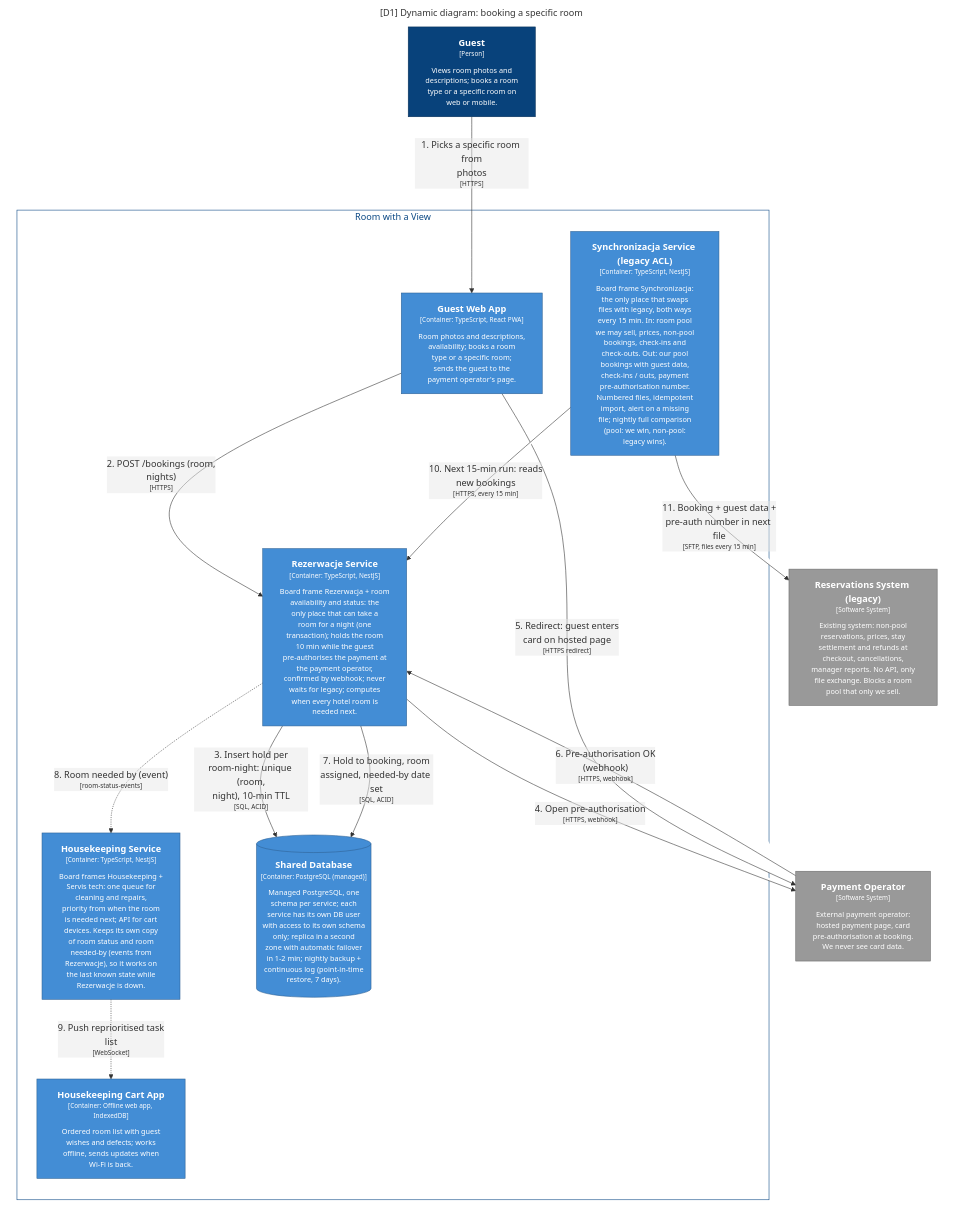
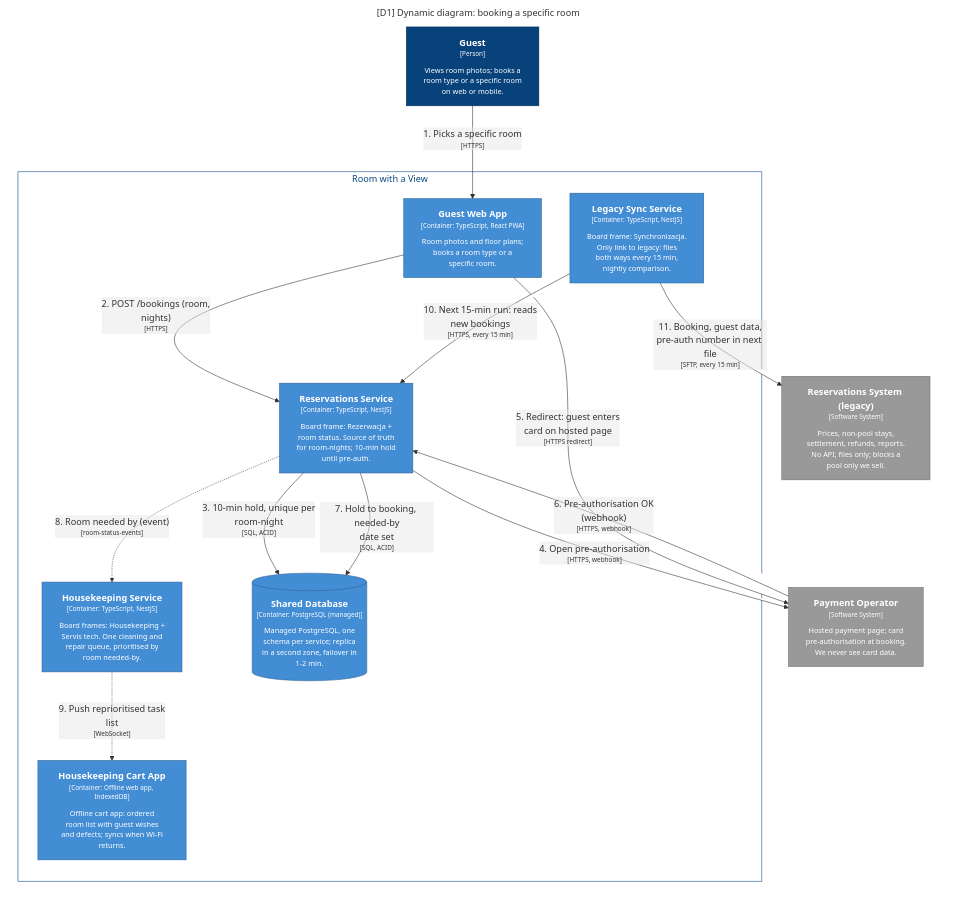
One commit to patrykkarny/Kata-workshopAI changed the diagram in zadanie/c4/out/mermaid/D1-KeyFlow.mmd. Above: the diagram before and after it, drawn with Mermaid. The commit also changed 26 other files, not shown here.

```diff
--- a/zadanie/c4/out/mermaid/D1-KeyFlow.mmd
+++ b/zadanie/c4/out/mermaid/D1-KeyFlow.mmd
@@ -1,43 +1,43 @@
 graph LR
   linkStyle default fill:#ffffff
 
   subgraph diagram ["[D1] Dynamic diagram: booking a specific room"]
     style diagram fill:#ffffff,stroke:#ffffff
 
     subgraph 4 ["Room with a View"]
       style 4 fill:#ffffff,stroke:#0b4884,color:#0b4884
 
-      11["<div style='font-weight: bold'>Synchronizacja Service (legacy ACL)</div><div style='font-size: 70%; margin-top: 0px'>[Container: TypeScript, NestJS]</div><div style='font-size: 80%; margin-top:10px'>Board frame Synchronizacja:<br />the only place that swaps<br />files with legacy, both ways<br />every 15 min. In: room pool<br />we may sell, prices, non-pool<br />bookings, check-ins and<br />check-outs. Out: our pool<br />bookings with guest data,<br />check-ins / outs, payment<br />pre-authorisation number.<br />Numbered files, idempotent<br />import, alert on a missing<br />file; nightly full comparison<br />(pool: we win, non-pool:<br />legacy wins).</div>"]
+      11["<div style='font-weight: bold'>Legacy Sync Service</div><div style='font-size: 70%; margin-top: 0px'>[Container: TypeScript, NestJS]</div><div style='font-size: 80%; margin-top:10px'>Board frame: Synchronizacja.<br />Only link to legacy: files<br />both ways every 15 min,<br />nightly comparison.</div>"]
       style 11 fill:#438dd5,stroke:#2e6295,color:#ffffff
-      13[("<div style='font-weight: bold'>Shared Database</div><div style='font-size: 70%; margin-top: 0px'>[Container: PostgreSQL (managed)]</div><div style='font-size: 80%; margin-top:10px'>Managed PostgreSQL, one<br />schema per service; each<br />service has its own DB user<br />with access to its own schema<br />only; replica in a second<br />zone with automatic failover<br />in 1-2 min; nightly backup +<br />continuous log (point-in-time<br />restore, 7 days).</div>")]
+      13[("<div style='font-weight: bold'>Shared Database</div><div style='font-size: 70%; margin-top: 0px'>[Container: PostgreSQL (managed)]</div><div style='font-size: 80%; margin-top:10px'>Managed PostgreSQL, one<br />schema per service; replica<br />in a second zone, failover in<br />1-2 min.</div>")]
       style 13 fill:#438dd5,stroke:#2e6295,color:#ffffff
-      5["<div style='font-weight: bold'>Guest Web App</div><div style='font-size: 70%; margin-top: 0px'>[Container: TypeScript, React PWA]</div><div style='font-size: 80%; margin-top:10px'>Room photos and descriptions,<br />availability; books a room<br />type or a specific room;<br />sends the guest to the<br />payment operator's page.</div>"]
+      5["<div style='font-weight: bold'>Guest Web App</div><div style='font-size: 70%; margin-top: 0px'>[Container: TypeScript, React PWA]</div><div style='font-size: 80%; margin-top:10px'>Room photos and floor plans;<br />books a room type or a<br />specific room.</div>"]
       style 5 fill:#438dd5,stroke:#2e6295,color:#ffffff
-      7["<div style='font-weight: bold'>Housekeeping Cart App</div><div style='font-size: 70%; margin-top: 0px'>[Container: Offline web app, IndexedDB]</div><div style='font-size: 80%; margin-top:10px'>Ordered room list with guest<br />wishes and defects; works<br />offline, sends updates when<br />Wi-Fi is back.</div>"]
+      7["<div style='font-weight: bold'>Housekeeping Cart App</div><div style='font-size: 70%; margin-top: 0px'>[Container: Offline web app, IndexedDB]</div><div style='font-size: 80%; margin-top:10px'>Offline cart app: ordered<br />room list with guest wishes<br />and defects; syncs when Wi-Fi<br />returns.</div>"]
       style 7 fill:#438dd5,stroke:#2e6295,color:#ffffff
-      8["<div style='font-weight: bold'>Rezerwacje Service</div><div style='font-size: 70%; margin-top: 0px'>[Container: TypeScript, NestJS]</div><div style='font-size: 80%; margin-top:10px'>Board frame Rezerwacja + room<br />availability and status: the<br />only place that can take a<br />room for a night (one<br />transaction); holds the room<br />10 min while the guest<br />pre-authorises the payment at<br />the payment operator,<br />confirmed by webhook; never<br />waits for legacy; computes<br />when every hotel room is<br />needed next.</div>"]
+      8["<div style='font-weight: bold'>Reservations Service</div><div style='font-size: 70%; margin-top: 0px'>[Container: TypeScript, NestJS]</div><div style='font-size: 80%; margin-top:10px'>Board frame: Rezerwacja +<br />room status. Source of truth<br />for room-nights; 10-min hold<br />until pre-auth.</div>"]
       style 8 fill:#438dd5,stroke:#2e6295,color:#ffffff
-      9["<div style='font-weight: bold'>Housekeeping Service</div><div style='font-size: 70%; margin-top: 0px'>[Container: TypeScript, NestJS]</div><div style='font-size: 80%; margin-top:10px'>Board frames Housekeeping +<br />Servis tech: one queue for<br />cleaning and repairs,<br />priority from when the room<br />is needed next; API for cart<br />devices. Keeps its own copy<br />of room status and room<br />needed-by (events from<br />Rezerwacje), so it works on<br />the last known state while<br />Rezerwacje is down.</div>"]
+      9["<div style='font-weight: bold'>Housekeeping Service</div><div style='font-size: 70%; margin-top: 0px'>[Container: TypeScript, NestJS]</div><div style='font-size: 80%; margin-top:10px'>Board frames: Housekeeping +<br />Servis tech. One cleaning and<br />repair queue, prioritised by<br />room needed-by.</div>"]
       style 9 fill:#438dd5,stroke:#2e6295,color:#ffffff
     end
 
-    1["<div style='font-weight: bold'>Guest</div><div style='font-size: 70%; margin-top: 0px'>[Person]</div><div style='font-size: 80%; margin-top:10px'>Views room photos and<br />descriptions; books a room<br />type or a specific room on<br />web or mobile.</div>"]
+    1["<div style='font-weight: bold'>Guest</div><div style='font-size: 70%; margin-top: 0px'>[Person]</div><div style='font-size: 80%; margin-top:10px'>Views room photos; books a<br />room type or a specific room<br />on web or mobile.</div>"]
     style 1 fill:#08427b,stroke:#052e56,color:#ffffff
-    15["<div style='font-weight: bold'>Reservations System (legacy)</div><div style='font-size: 70%; margin-top: 0px'>[Software System]</div><div style='font-size: 80%; margin-top:10px'>Existing system: non-pool<br />reservations, prices, stay<br />settlement and refunds at<br />checkout, cancellations,<br />manager reports. No API, only<br />file exchange. Blocks a room<br />pool that only we sell.</div>"]
+    15["<div style='font-weight: bold'>Reservations System (legacy)</div><div style='font-size: 70%; margin-top: 0px'>[Software System]</div><div style='font-size: 80%; margin-top:10px'>Prices, non-pool stays,<br />settlement, refunds, reports.<br />No API, files only; blocks a<br />pool only we sell.</div>"]
     style 15 fill:#999999,stroke:#6b6b6b,color:#ffffff
-    17["<div style='font-weight: bold'>Payment Operator</div><div style='font-size: 70%; margin-top: 0px'>[Software System]</div><div style='font-size: 80%; margin-top:10px'>External payment operator:<br />hosted payment page, card<br />pre-authorisation at booking.<br />We never see card data.</div>"]
+    17["<div style='font-weight: bold'>Payment Operator</div><div style='font-size: 70%; margin-top: 0px'>[Software System]</div><div style='font-size: 80%; margin-top:10px'>Hosted payment page; card<br />pre-authorisation at booking.<br />We never see card data.</div>"]
     style 17 fill:#999999,stroke:#6b6b6b,color:#ffffff
 
-    1-- "<div>1. Picks a specific room from<br />photos</div><div style='font-size: 70%'>[HTTPS]</div>" -->5
+    1-- "<div>1. Picks a specific room</div><div style='font-size: 70%'>[HTTPS]</div>" -->5
     5-- "<div>2. POST /bookings (room,<br />nights)</div><div style='font-size: 70%'>[HTTPS]</div>" -->8
-    8-- "<div>3. Insert hold per<br />room-night: unique (room,<br />night), 10-min TTL</div><div style='font-size: 70%'>[SQL, ACID]</div>" -->13
+    8-- "<div>3. 10-min hold, unique per<br />room-night</div><div style='font-size: 70%'>[SQL, ACID]</div>" -->13
     8-- "<div>4. Open pre-authorisation</div><div style='font-size: 70%'>[HTTPS, webhook]</div>" -->17
     5-- "<div>5. Redirect: guest enters<br />card on hosted page</div><div style='font-size: 70%'>[HTTPS redirect]</div>" -->17
     17-- "<div>6. Pre-authorisation OK<br />(webhook)</div><div style='font-size: 70%'>[HTTPS, webhook]</div>" -->8
-    8-- "<div>7. Hold to booking, room<br />assigned, needed-by date set</div><div style='font-size: 70%'>[SQL, ACID]</div>" -->13
+    8-- "<div>7. Hold to booking, needed-by<br />date set</div><div style='font-size: 70%'>[SQL, ACID]</div>" -->13
     8-. "<div>8. Room needed by (event)</div><div style='font-size: 70%'>[room-status-events]</div>" .->9
     9-. "<div>9. Push reprioritised task<br />list</div><div style='font-size: 70%'>[WebSocket]</div>" .->7
     11-- "<div>10. Next 15-min run: reads<br />new bookings</div><div style='font-size: 70%'>[HTTPS, every 15 min]</div>" -->8
-    11-- "<div>11. Booking + guest data +<br />pre-auth number in next file</div><div style='font-size: 70%'>[SFTP, files every 15 min]</div>" -->15
+    11-- "<div>11. Booking, guest data,<br />pre-auth number in next file</div><div style='font-size: 70%'>[SFTP, every 15 min]</div>" -->15
 
   end
```
